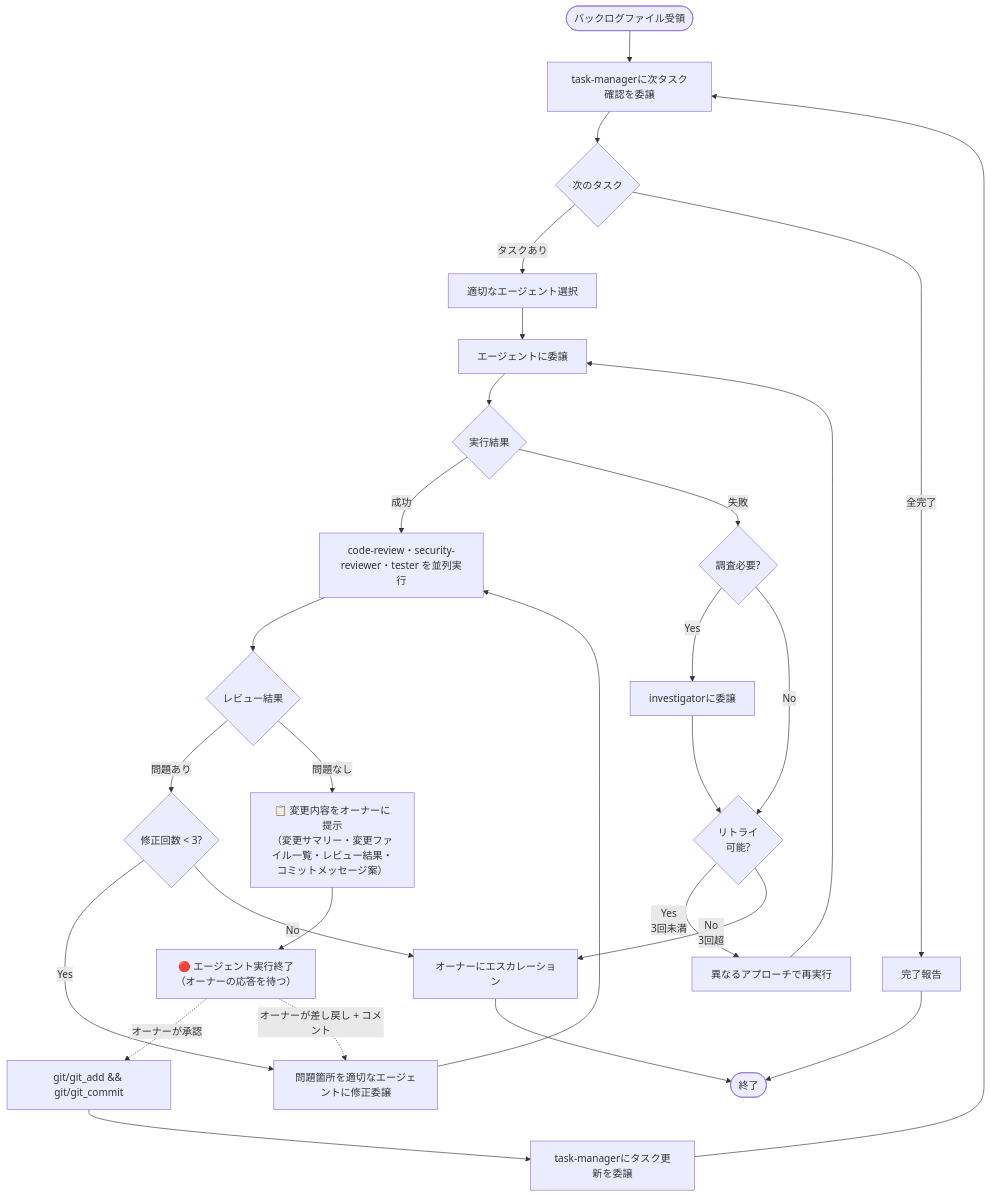
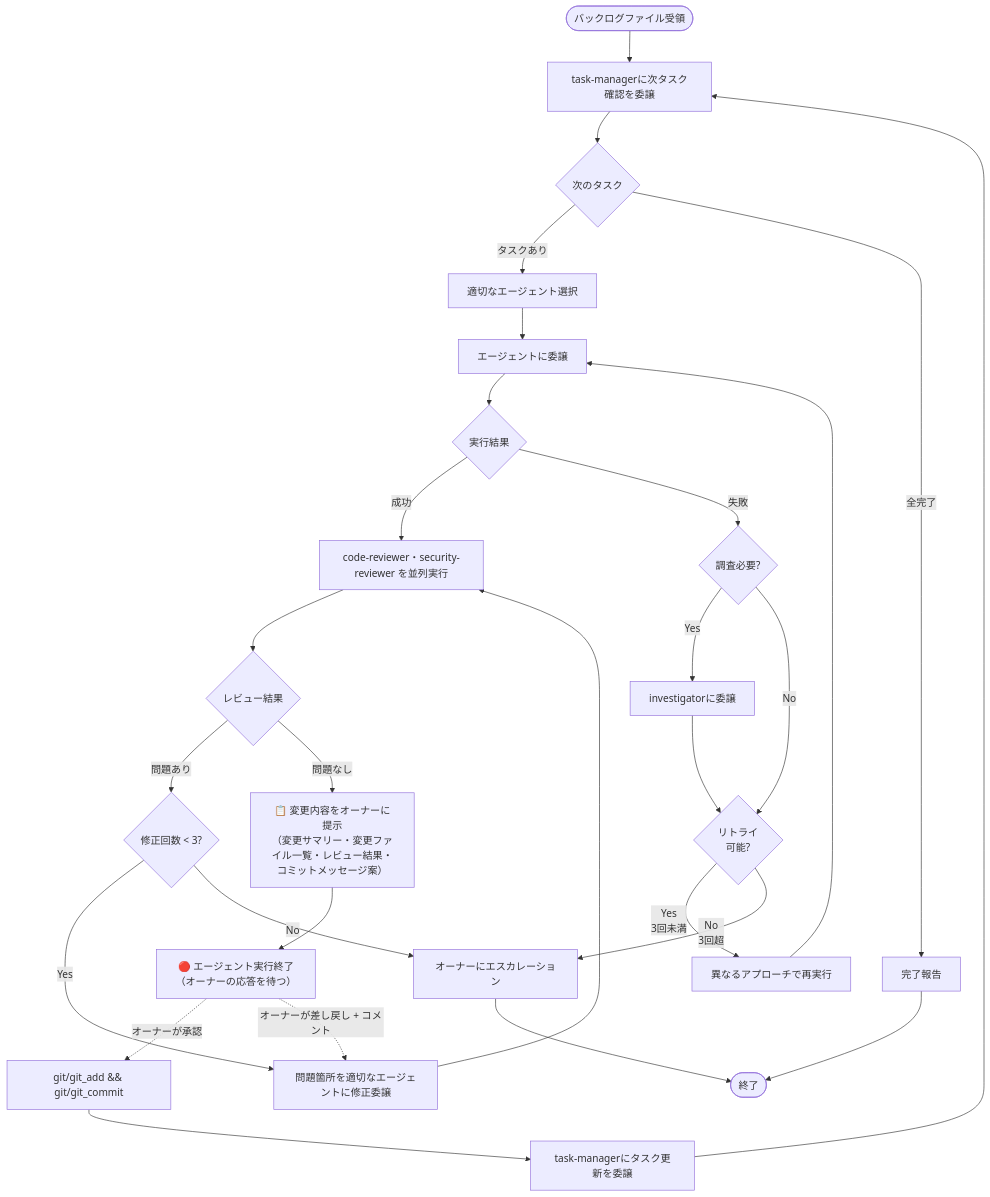
Before and after one commit to ichi-h/dotfiles: the diagram in nix/home/base/cli/copilot-cli/agents/orchestrator.agent.md, drawn with Mermaid. The commit also changed other lines of this file and 4 other files, not shown here.

````diff
--- a/nix/home/base/cli/copilot-cli/agents/orchestrator.agent.md
+++ b/nix/home/base/cli/copilot-cli/agents/orchestrator.agent.md
@@ -38,36 +38,36 @@
 ```mermaid
 graph TB
     Start([バックログファイル受領]) --> AskTaskManager[task-managerに次タスク確認を委譲]
 
     AskTaskManager --> NextTask{次のタスク}
     NextTask -->|タスクあり| SelectAgent[適切なエージェント選択]
     NextTask -->|全完了| Report[完了報告]
 
     SelectAgent --> Execute[エージェントに委譲]
     Execute --> Success{実行結果}
 
-    Success -->|成功| ParallelReview["code-review・security-reviewer・tester を並列実行"]
+    Success -->|成功| ParallelReview["code-reviewer・security-reviewer を並列実行"]
     ParallelReview --> ReviewResult{レビュー結果}
     ReviewResult -->|問題あり| CheckRetry{修正回数 < 3?}
     CheckRetry -->|Yes| FixIssues[問題箇所を適切なエージェントに修正委譲]
     CheckRetry -->|No| Escalate
     FixIssues --> ParallelReview
     ReviewResult -->|問題なし| OwnerReport["📋 変更内容をオーナーに提示\n（変更サマリー・変更ファイル一覧・レビュー結果・コミットメッセージ案）"]
     OwnerReport --> EndRun["🔴 エージェント実行終了\n（オーナーの応答を待つ）"]
     EndRun -.->|オーナーが承認| Commit["git/git_add && git/git_commit"]
     EndRun -.->|オーナーが差し戻し + コメント| FixIssues
     Commit --> UpdateTask[task-managerにタスク更新を委譲]
     UpdateTask --> AskTaskManager
 
     Success -->|失敗| Investigate{調査必要?}
     Investigate -->|Yes| CallInvestigator[investigatorに委譲]
     CallInvestigator --> Retry{リトライ<br/>可能?}
     Investigate -->|No| Retry
 
     Retry -->|Yes<br/>3回未満| Replan[異なるアプローチで再実行]
     Replan --> Execute
     Retry -->|No<br/>3回超| Escalate[オーナーにエスカレーション]
 
     Report --> End([終了])
     Escalate --> End
 ```
````
